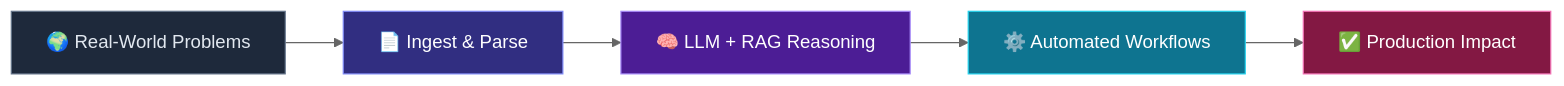
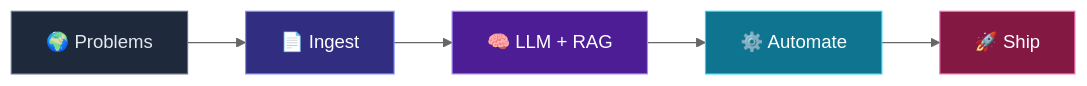
One commit to ramasamy-24-t/ramasamy-24-t changed the first of 2 diagrams in README.md. Above: the diagram before and after it, drawn with Mermaid (neutral theme). The commit also changed other lines of this file, not shown here.

````diff
--- a/README.md
+++ b/README.md
@@ -104,13 +101,13 @@
 ```mermaid
 graph LR
-    A["🌍 Real-World Problems"] --> B["📄 Ingest & Parse"]
-    B --> C["🧠 LLM + RAG Reasoning"]
-    C --> D["⚙️ Automated Workflows"]
-    D --> E["✅ Production Impact"]
+    A["🌍 Problems"] --> B["📄 Ingest"]
+    B --> C["🧠 LLM + RAG"]
+    C --> D["⚙️ Automate"]
+    D --> E["🚀 Ship"]
 
     style A fill:#1e293b,stroke:#64748b,color:#e2e8f0
     style B fill:#312e81,stroke:#818cf8,color:#fff
     style C fill:#4c1d95,stroke:#a78bfa,color:#fff
     style D fill:#0e7490,stroke:#22d3ee,color:#fff
     style E fill:#831843,stroke:#f472b6,color:#fff
 ```
````
